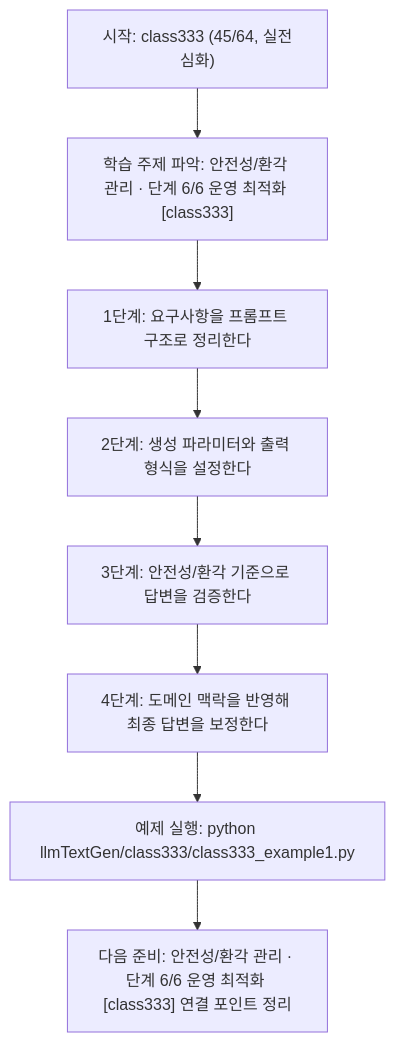
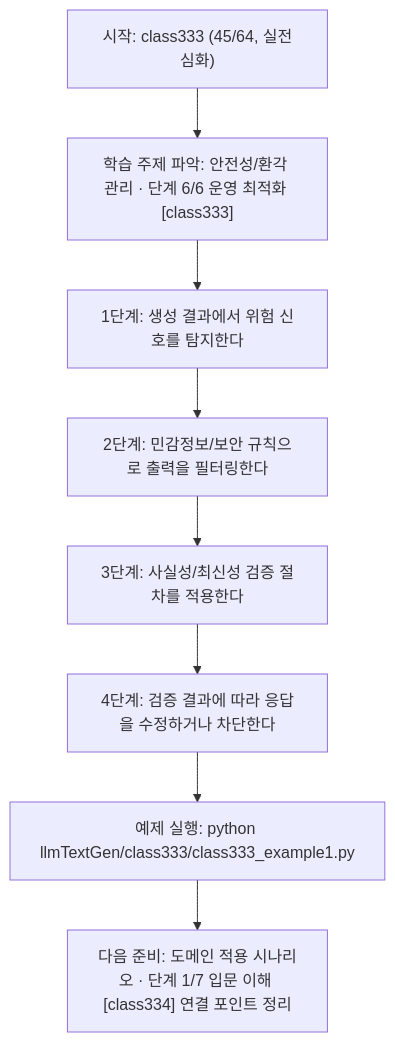
Before and after one commit to edumgt/Python-AI_Agent-Class: the diagram in llmTextGen/class333/class333.md, drawn with Mermaid. The commit also changed other lines of this file and 451 other files, not shown here.

````diff
--- a/llmTextGen/class333/class333.md
+++ b/llmTextGen/class333/class333.md
@@ -114,18 +95,18 @@
 ```mermaid
 flowchart TD
 N1["시작: class333 (45/64, 실전심화)"]
 N2["학습 주제 파악: 안전성/환각 관리 · 단계 6/6 운영 최적화 [class333]"]
-N3["1단계: 요구사항을 프롬프트 구조로 정리한다"]
-N4["2단계: 생성 파라미터와 출력 형식을 설정한다"]
-N5["3단계: 안전성/환각 기준으로 답변을 검증한다"]
-N6["4단계: 도메인 맥락을 반영해 최종 답변을 보정한다"]
+N3["1단계: 생성 결과에서 위험 신호를 탐지한다"]
+N4["2단계: 민감정보/보안 규칙으로 출력을 필터링한다"]
+N5["3단계: 사실성/최신성 검증 절차를 적용한다"]
+N6["4단계: 검증 결과에 따라 응답을 수정하거나 차단한다"]
 N7["예제 실행: python llmTextGen/class333/class333_example1.py"]
-N8["다음 준비: 안전성/환각 관리 · 단계 6/6 운영 최적화 [class333] 연결 포인트 정리"]
+N8["다음 준비: 도메인 적용 시나리오 · 단계 1/7 입문 이해 [class334] 연결 포인트 정리"]
 N1 --> N2
 N2 --> N3
 N3 --> N4
 N4 --> N5
 N5 --> N6
 N6 --> N7
 N7 --> N8
 ```
````
